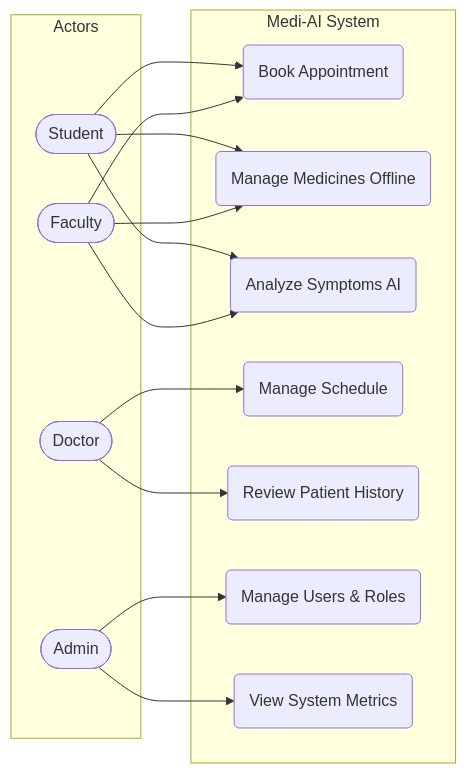
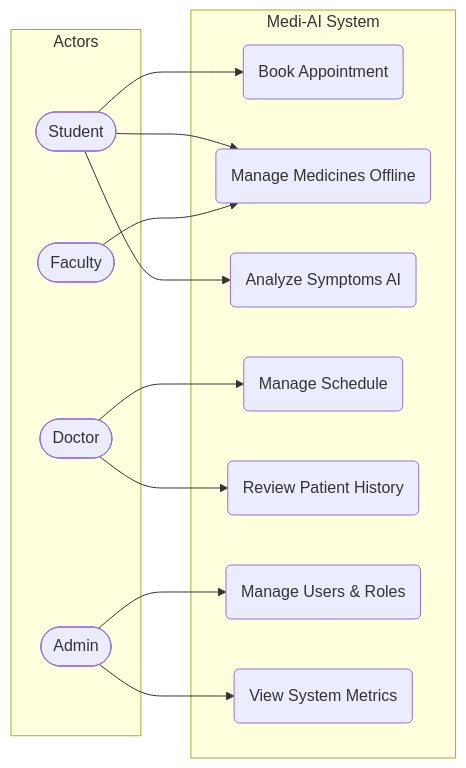
One commit to mediaibuitems-ui/Medi-AI_B_F changed the second of 20 diagrams in Medi_AI_Backend_railway/thesis/Medi-AI_Thesis.md. Above: the diagram before and after it, drawn with Mermaid. The commit also changed other lines of this file and 1 other file, not shown here.

Commit message:
docs: align thesis diagrams with technical audit findings

````diff
--- a/Medi_AI_Backend_railway/thesis/Medi-AI_Thesis.md
+++ b/Medi_AI_Backend_railway/thesis/Medi-AI_Thesis.md
@@ -590,33 +590,31 @@
 ```mermaid
 flowchart LR
     subgraph Actors
         Student([Student])
         Faculty([Faculty])
         Doctor([Doctor])
         Admin([Admin])
     end
 
     subgraph System [Medi-AI System]
         UC1(Book Appointment)
         UC2(Manage Medicines Offline)
         UC3(Analyze Symptoms AI)
         UC4(Manage Schedule)
         UC5(Review Patient History)
         UC6(Manage Users & Roles)
         UC7(View System Metrics)
     end
 
     Student --> UC1
     Student --> UC2
     Student --> UC3
 
-    Faculty --> UC1
     Faculty --> UC2
-    Faculty --> UC3
 
     Doctor --> UC4
     Doctor --> UC5
 
     Admin --> UC6
     Admin --> UC7
 ```
````
